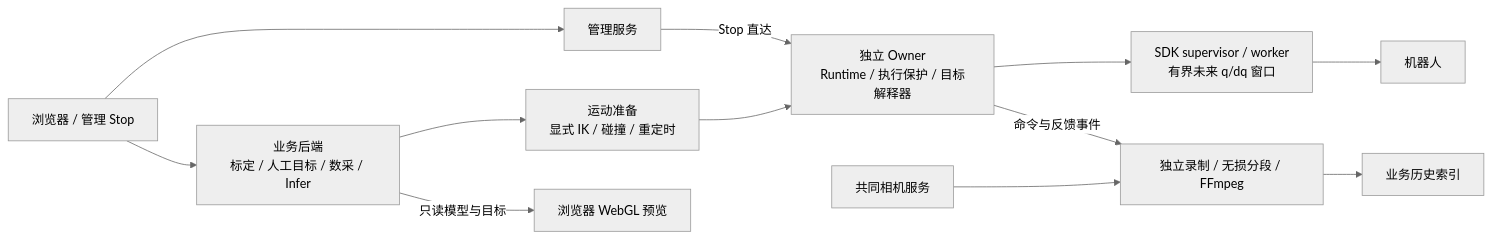
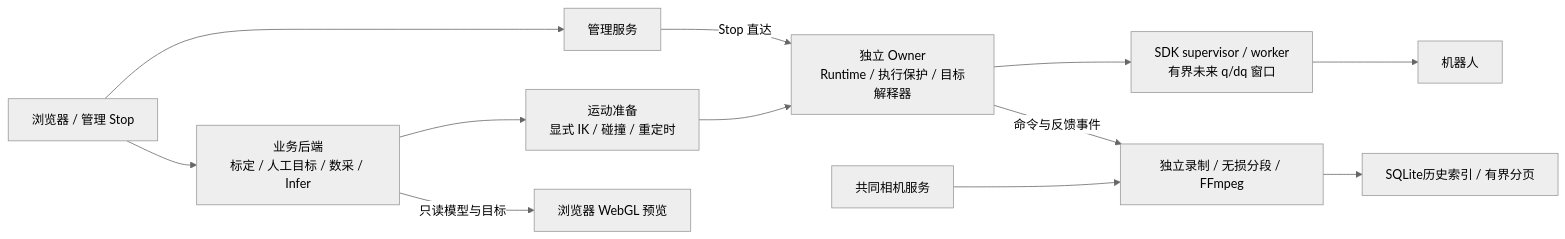
Before and after one commit to zhoufeiyu17/robot-workbench: the third of 4 diagrams in docs/control-runtime-status.md, drawn with Mermaid (neutral theme). The commit also changed other lines of this file and 34 other files, not shown here.

````diff
--- a/docs/control-runtime-status.md
+++ b/docs/control-runtime-status.md
@@ -20,14 +2412,14 @@
 ```mermaid
 flowchart LR
   UI[浏览器 / 管理 Stop] --> M[管理服务]
   UI --> B[业务后端\n标定 / 人工目标 / 数采 / Infer]
   B --> P[运动准备\n显式 IK / 碰撞 / 重定时]
   P --> O[独立 Owner\nRuntime / 执行保护 / 目标解释器]
   M -->|Stop 直达| O
   O --> S[SDK supervisor / worker\n有界未来 q/dq 窗口]
   S --> R[机器人]
   C[共同相机服务] --> D[独立录制 / 无损分段 / FFmpeg]
   O -->|命令与反馈事件| D
-  D --> H[业务历史索引]
+  D --> H[SQLite历史索引 / 有界分页]
   B -->|只读模型与目标| V[浏览器 WebGL 预览]
 ```
````
